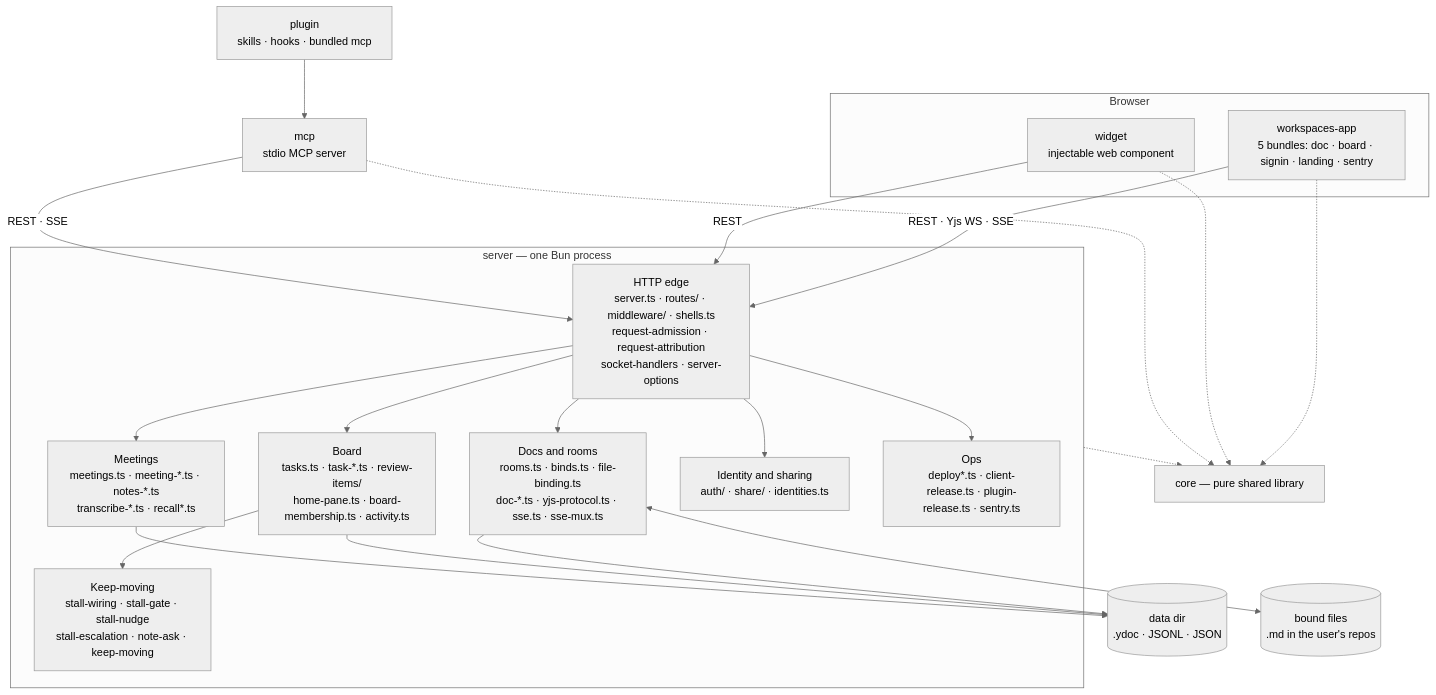
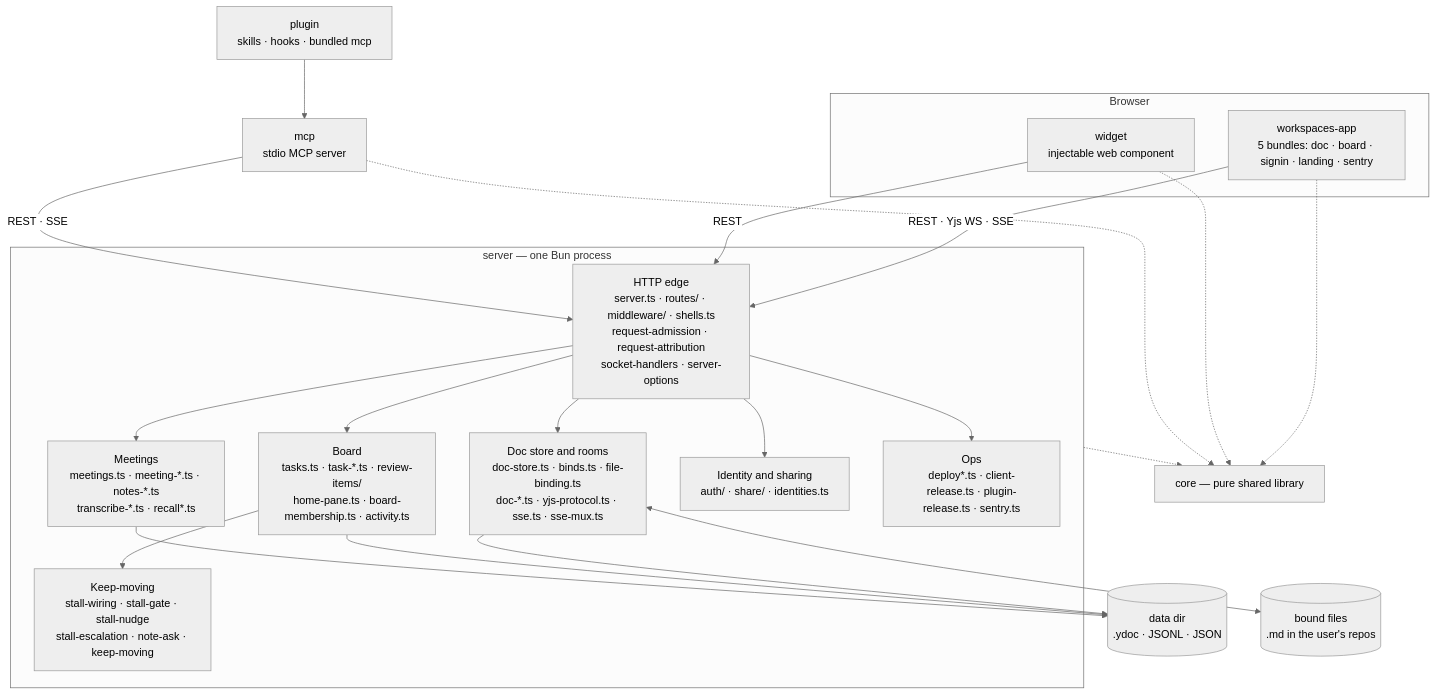
The first of 2 diagrams in docs/architecture/overview.md (fryanpan/claude-live-feedback-plugin), drawn with Mermaid (neutral theme) before and after one commit. The commit also changed other lines of this file and 190 other files, not shown here.

````diff
--- a/docs/architecture/overview.md
+++ b/docs/architecture/overview.md
@@ -11,32 +11,32 @@
 ```mermaid
 flowchart TB
   subgraph browser[Browser]
     app["workspaces-app<br/>5 bundles: doc · board · signin · landing · sentry"]
     wid["widget<br/>injectable web component"]
   end
   plug["plugin<br/>skills · hooks · bundled mcp"]
   mcp["mcp<br/>stdio MCP server"]
   subgraph srv["server — one Bun process"]
     edge["HTTP edge<br/>server.ts · routes/ · middleware/ · shells.ts<br/>request-admission · request-attribution<br/>socket-handlers · server-options"]
-    docs["Docs and rooms<br/>rooms.ts · binds.ts · file-binding.ts<br/>doc-*.ts · yjs-protocol.ts · sse.ts · sse-mux.ts"]
+    docs["Doc store and rooms<br/>doc-store.ts · binds.ts · file-binding.ts<br/>doc-*.ts · yjs-protocol.ts · sse.ts · sse-mux.ts"]
     board["Board<br/>tasks.ts · task-*.ts · review-items/<br/>home-pane.ts · board-membership.ts · activity.ts"]
     meet["Meetings<br/>meetings.ts · meeting-*.ts · notes-*.ts<br/>transcribe-*.ts · recall*.ts"]
     keep["Keep-moving<br/>stall-wiring · stall-gate · stall-nudge<br/>stall-escalation · note-ask · keep-moving"]
     ident["Identity and sharing<br/>auth/ · share/ · identities.ts"]
     ops["Ops<br/>deploy*.ts · client-release.ts · plugin-release.ts · sentry.ts"]
   end
   core["core — pure shared library"]
   disk[("data dir<br/>.ydoc · JSONL · JSON")]
   files[("bound files<br/>.md in the user's repos")]
 
   app -->|"REST · Yjs WS · SSE"| edge
   wid -->|REST| edge
   plug --> mcp
   mcp -->|"REST · SSE"| edge
   edge --> docs & board & meet & ident & ops
   board --> keep
   docs <--> files
   docs & board & meet --> disk
   app & wid & mcp -.-> core
   srv -.-> core
 ```
````
